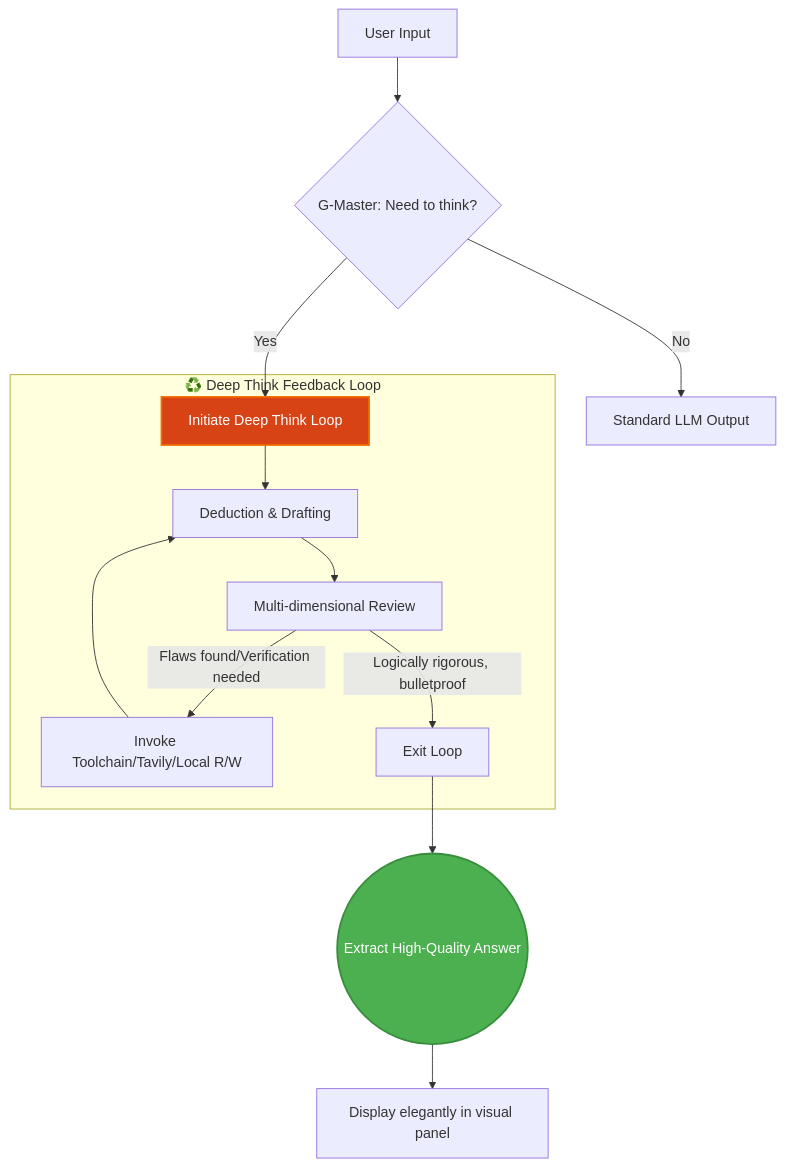
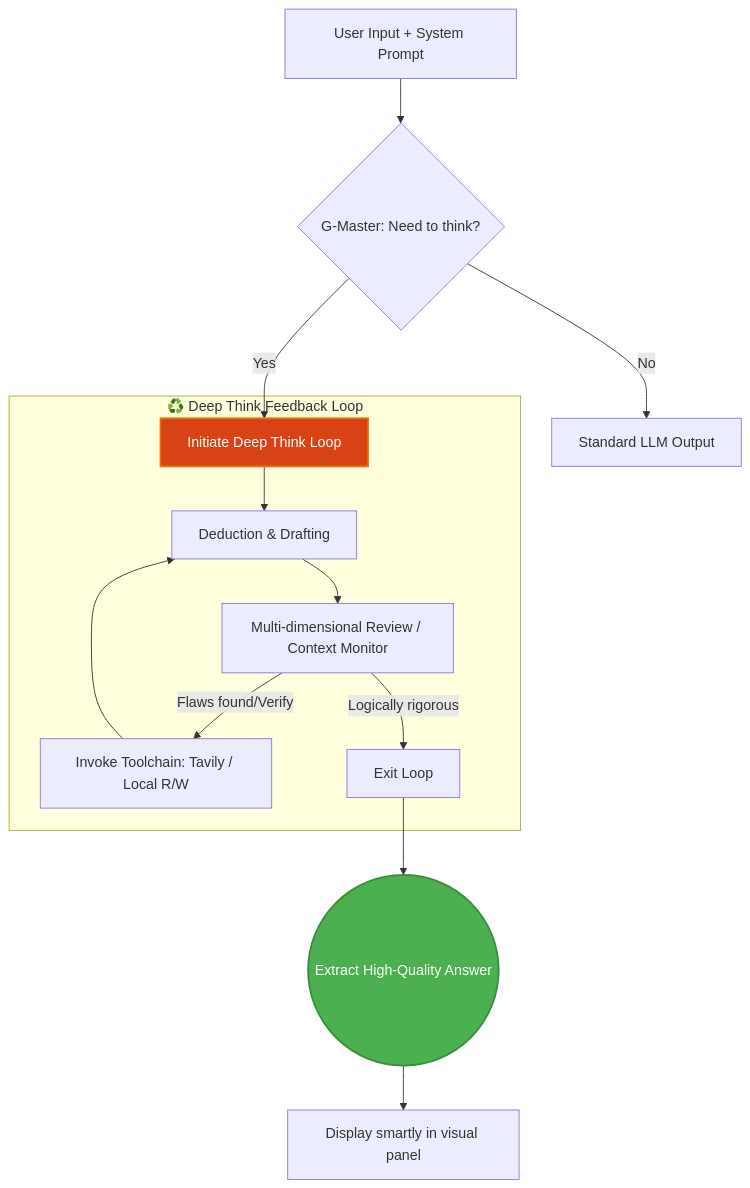
Before and after one commit to LiWeny16/G-Master: the diagram in README.md, drawn with Mermaid. The commit also changed other lines of this file and 2 other files, not shown here.

````diff
--- a/README.md
+++ b/README.md
@@ -62,20 +70,20 @@
 ```mermaid
 graph TD
-    A[User Input] --> B{G-Master: Need to think?}
+    A[User Input + System Prompt] --> B{G-Master: Need to think?}
     B -- No --> C[Standard LLM Output]
     B -- Yes --> D[Initiate Deep Think Loop]
     
     subgraph Loop [♻️ Deep Think Feedback Loop]
     D --> E[Deduction & Drafting]
-    E --> F[Multi-dimensional Review]
-    F --> |Flaws found/Verification needed| G[Invoke Toolchain/Tavily/Local R/W]
+    E --> F[Multi-dimensional Review / Context Monitor]
+    F --> |Flaws found/Verify| G[Invoke Toolchain: Tavily / Local R/W]
     G --> E
-    F --> |Logically rigorous, bulletproof| H[Exit Loop]
+    F --> |Logically rigorous| H[Exit Loop]
     end
     
     H --> I((Extract High-Quality Answer))
-    I --> J[Display elegantly in visual panel]
+    I --> J[Display smartly in visual panel]
     
     style I fill:#4CAF50,stroke:#388E3C,stroke-width:2px,color:#fff
     style D fill:#D84315,stroke:#EF6C00,stroke-width:2px,color:#fff
 ```
````
